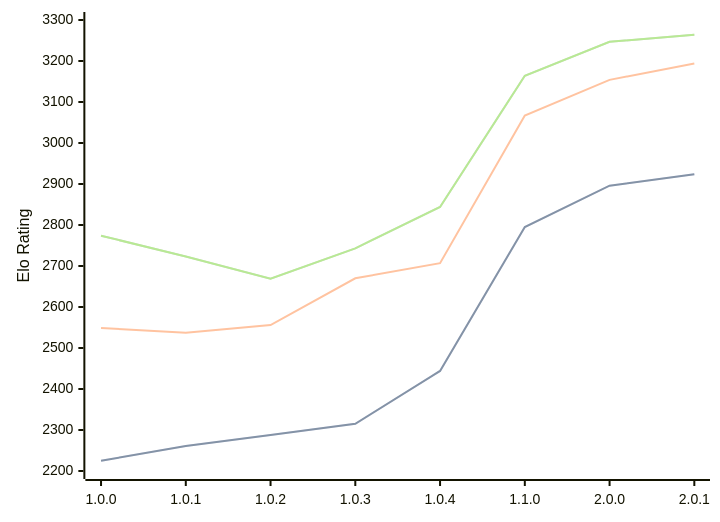
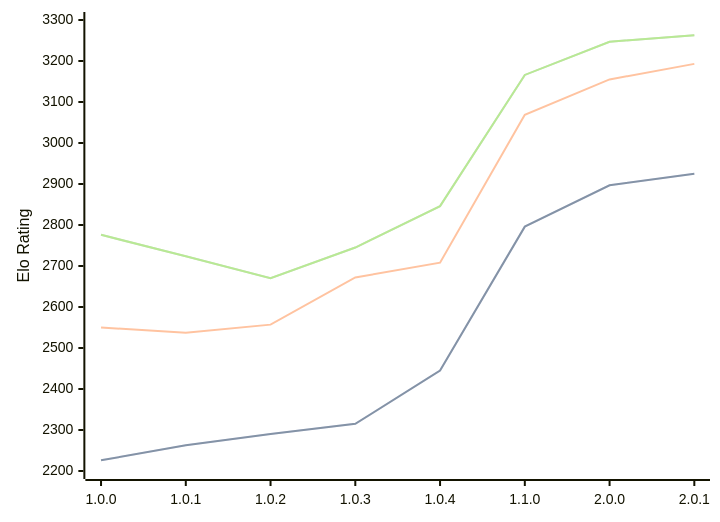
One commit to computer-chess-index/cci changed the first of 3 diagrams in engines/Grail.md. Above: the diagram before and after it, drawn with Mermaid. The commit also changed other lines of this file, not shown here.

Commit message:
Update CCI Ratings (ELO VLTC) - 2026-06-30

````diff
--- a/engines/Grail.md
+++ b/engines/Grail.md
@@ -38,11 +38,11 @@
 ```mermaid
 %%{init: {"theme":"base","themeVariables":{"seriesColors:['#a3a3a3','#222221','#faa371']}}}%%
 xychart-beta
   x-axis ["1.0.0", "1.0.1", "1.0.2", "1.0.3", "1.0.4", "1.1.0", "2.0.0", "2.0.1"]
   y-axis "Elo Rating" 2200 --> 3300
-  line "STC (8.0+0.08s)" [2225, 2261, 2288, 2315, 2444, 2795, 2896, 2924]
-  line "STC (8.0+0.08s)" [2225, 2261, 2288, 2315, 2444, 2795, 2896, 2924]
-  line "LTC (60.0+0.60s)" [2549, 2537, 2556, 2670, 2707, 3067, 3154, 3194]
-  line "VLTC (2m24s+1.12s)" [2774, 2723, 2669, 2743, 2844, 3164, 3247, 3264]
-  line "VLTC (2m24s+1.12s)" [2774, 2723, 2669, 2743, 2844, 3164, 3247, 3264]
+  line "STC (8.0+0.08s)" [2226, 2263, 2290, 2315, 2445, 2796, 2897, 2925]
+  line "STC (8.0+0.08s)" [2226, 2263, 2290, 2315, 2445, 2796, 2897, 2925]
+  line "LTC (60.0+0.60s)" [2550, 2537, 2557, 2672, 2708, 3069, 3155, 3193]
+  line "VLTC (2m24s+1.12s)" [2776, 2724, 2670, 2745, 2846, 3166, 3247, 3263]
+  line "VLTC (2m24s+1.12s)" [2776, 2724, 2670, 2745, 2846, 3166, 3247, 3263]
 ```
````
